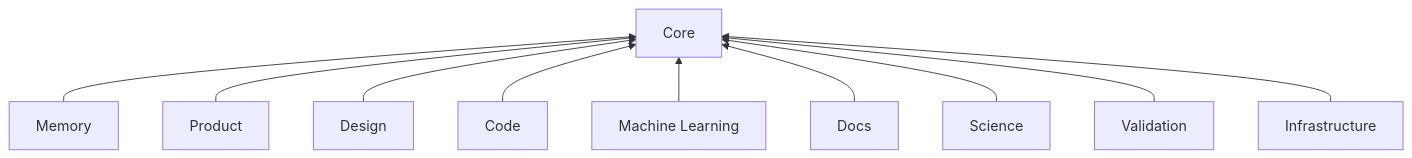
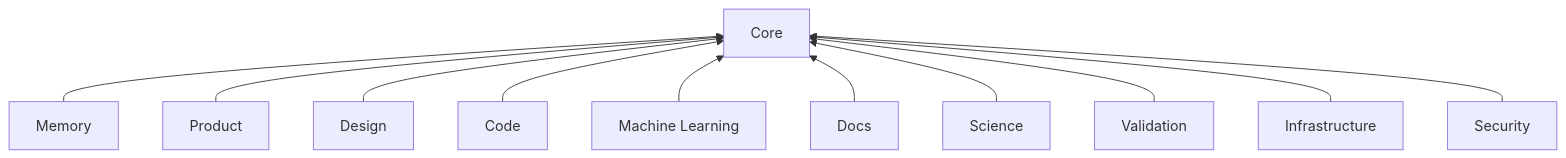
The diagram in packages/README.md (zxc0zxc0zxc/palarran-framework), drawn with Mermaid before and after one commit. The commit also changed other lines of this file and 53 other files, not shown here.

````diff
--- a/packages/README.md
+++ b/packages/README.md
@@ -40,12 +39,13 @@
 ```mermaid
 flowchart BT
     Memory --> Core
     Product --> Core
     Design --> Core
     Code --> Core
     ML[Machine Learning] --> Core
     Docs --> Core
     Science --> Core
     Validation --> Core
     Infrastructure --> Core
+    Security --> Core
 ```
````
